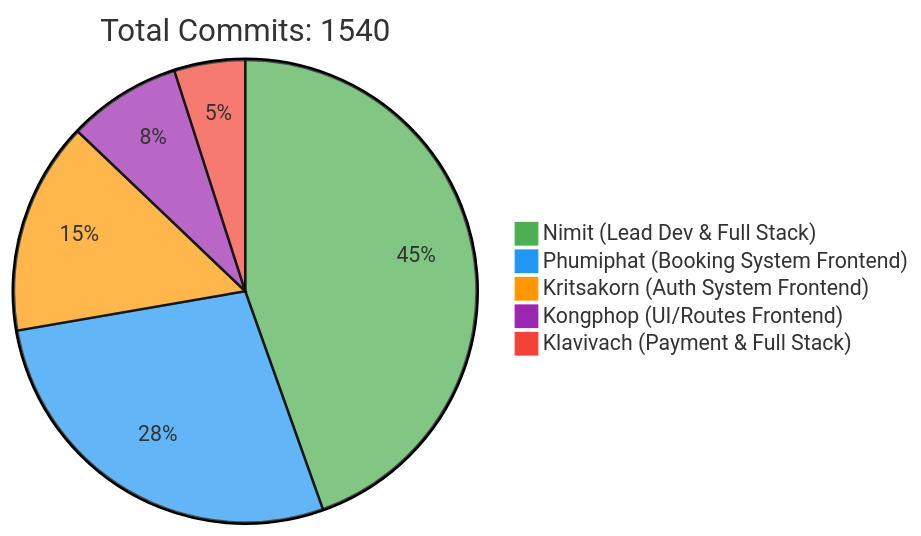
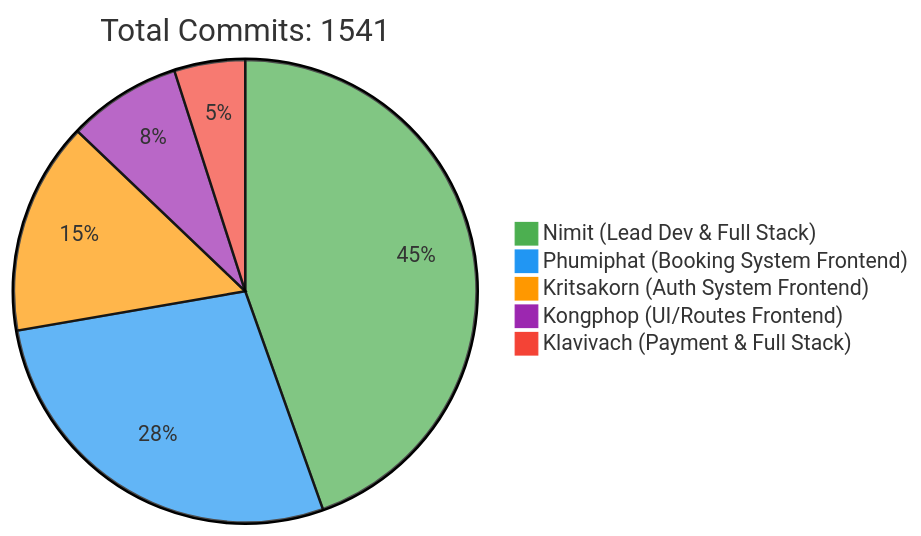
One commit to 6531503042/Sport-Complex changed the first of 2 diagrams in README.md. Above: the diagram before and after it, drawn with Mermaid. The commit also changed other lines of this file, not shown here.

Commit message:
docs: Update contributor statistics [skip ci]

````diff
--- a/README.md
+++ b/README.md
@@ -257,10 +257,10 @@
 ```mermaid
 %%{init: {'theme': 'base', 'themeVariables': { 'pie1': '#4CAF50', 'pie2': '#2196F3', 'pie3': '#FF9800', 'pie4': '#9C27B0', 'pie5': '#F44336'}}}%%
 pie
-    title Total Commits: 1540
+    title Total Commits: 1541
     "Nimit (Lead Dev & Full Stack)" : 450
     "Phumiphat (Booking System Frontend)" : 280
     "Kritsakorn (Auth System Frontend)" : 150
     "Kongphop (UI/Routes Frontend)" : 80
     "Klavivach (Payment & Full Stack)" : 50
 ```
````
